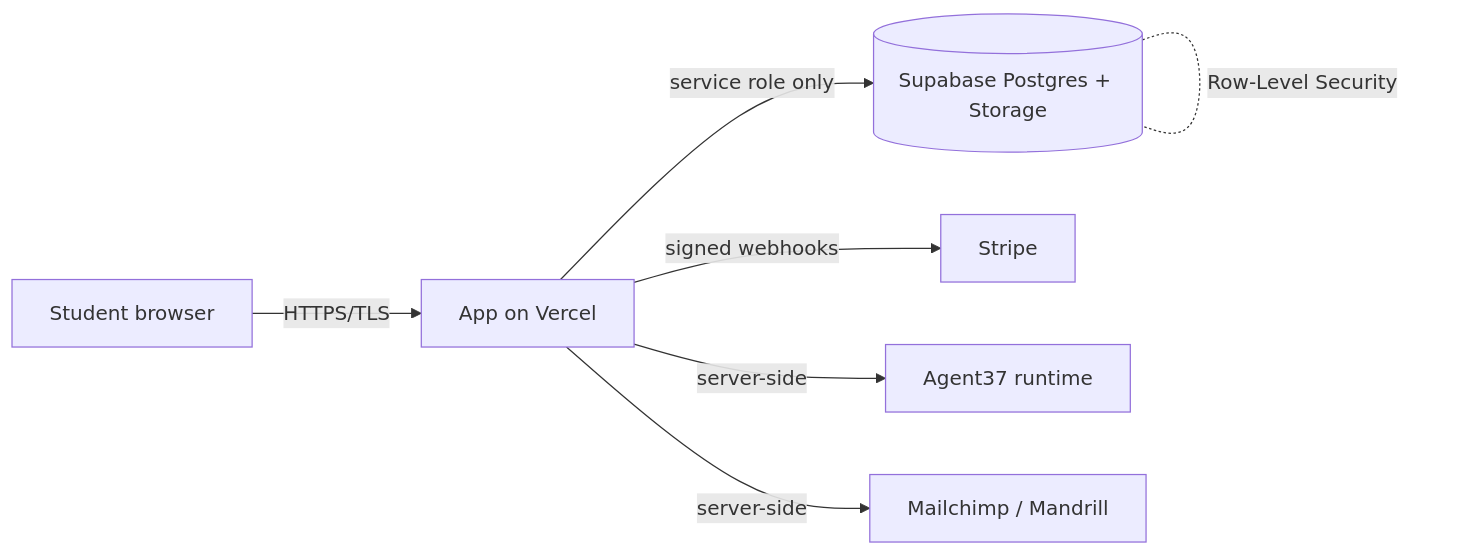
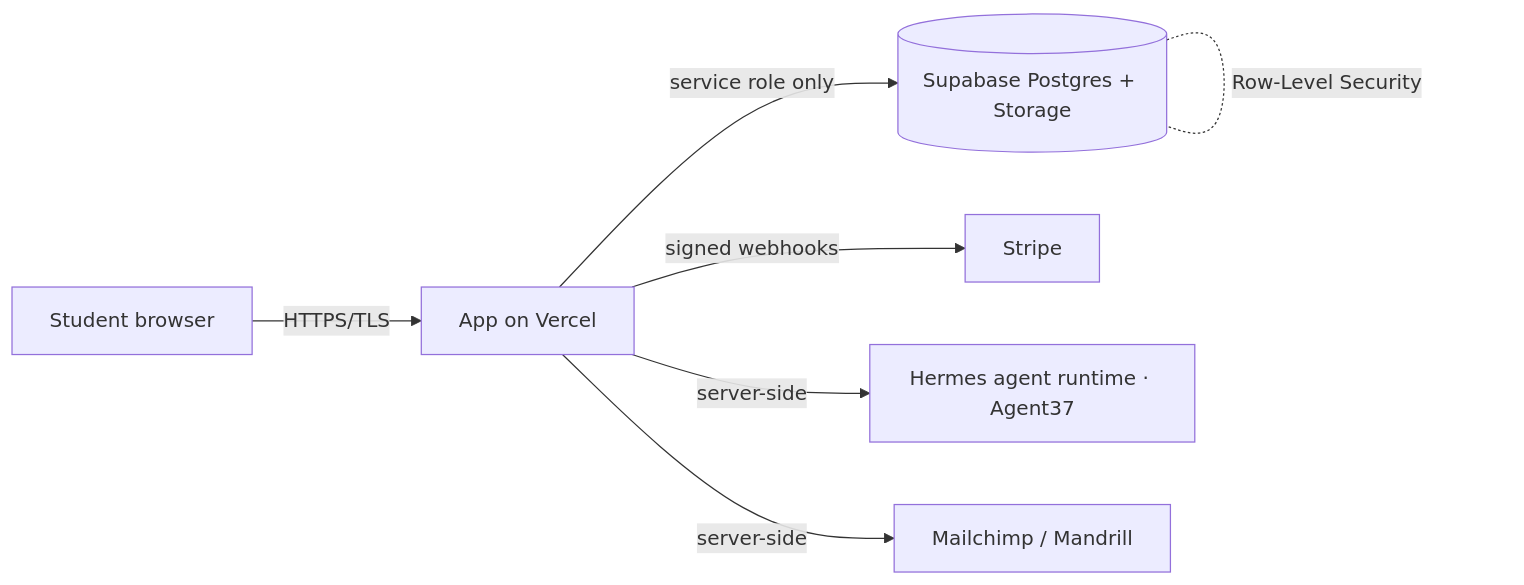
Before and after one commit to doralevich/the-college-agent: the diagram in compliance/vendor-security-packet.md, drawn with Mermaid. The commit also changed other lines of this file and 6 other files, not shown here.

First line of the commit message:
compliance: reconcile docs with Agent37 runtime platform facts

````diff
--- a/compliance/vendor-security-packet.md
+++ b/compliance/vendor-security-packet.md
@@ -37,9 +40,9 @@
 ```mermaid
 flowchart LR
   S[Student browser] -- HTTPS/TLS --> A[App on Vercel]
   A -- service role only --> D[(Supabase Postgres + Storage)]
   A -- signed webhooks --> P[Stripe]
-  A -- server-side --> R[Agent37 runtime]
+  A -- server-side --> R[Hermes agent runtime · Agent37]
   A -- server-side --> M[Mailchimp / Mandrill]
   D -. Row-Level Security .- D
 ```
````
